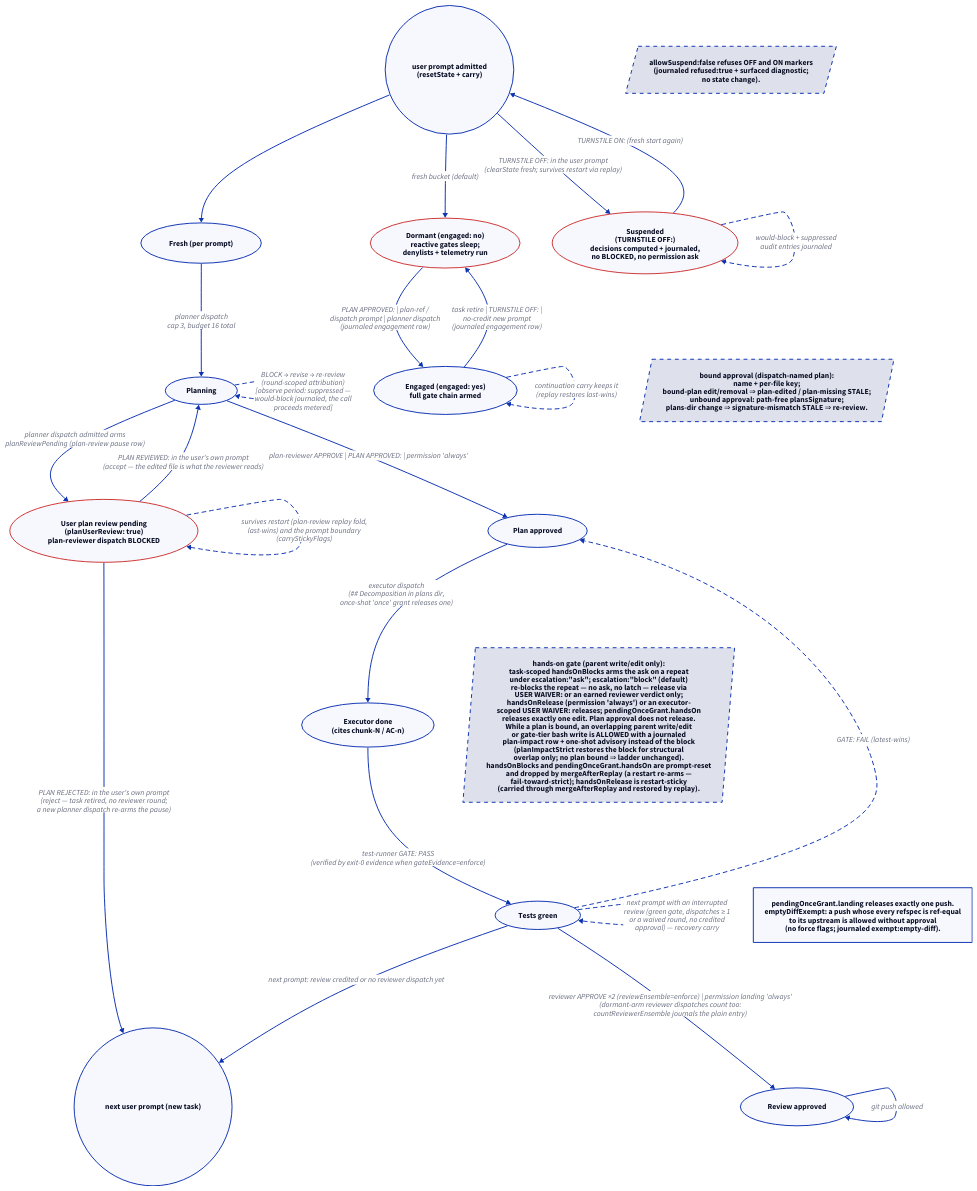
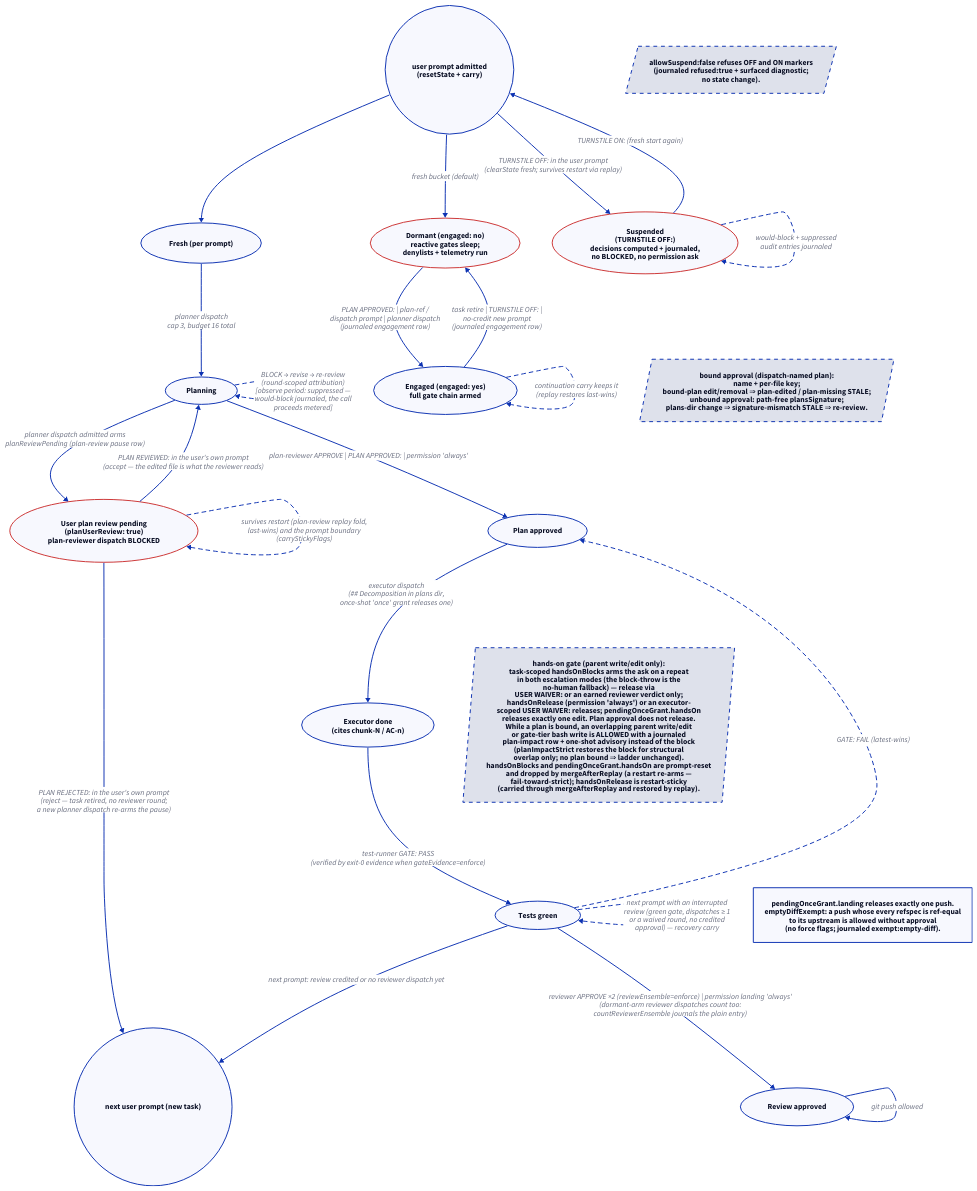
Before and after one commit to edseabolt/turnstile: the diagram in docs/diagrams/d04-gate-state.d2, drawn with D2. The commit also changed 11 other files, not shown here.

First line of the commit message:
docs: trim README, de-personalize AGENTS.md, sync diagram prose with code

```diff
--- a/docs/diagrams/d04-gate-state.d2
+++ b/docs/diagrams/d04-gate-state.d2
@@ -1,106 +1,106 @@
 direction: down
 
 fresh: "Fresh (per prompt)" {
   shape: oval
 }
 planning: "Planning" {
   shape: oval
 }
 planok: "Plan approved" {
   shape: oval
 }
 executor: "Executor done\n(cites chunk-N / AC-n)" {
   shape: oval
 }
 green: "Tests green" {
   shape: oval
 }
 reviewed: "Review approved" {
   shape: oval
 }
 end: "next user prompt (new task)" {
   shape: circle
 }
 
 start: "user prompt admitted\n(resetState + carry)" {
   shape: circle
 }
 
 dormant: "Dormant (engaged: no)\nreactive gates sleep;\ndenylists + telemetry run" {
   shape: oval
   style.stroke: "#c33"
 }
 engaged: "Engaged (engaged: yes)\nfull gate chain armed" {
   shape: oval
 }
 
 start -> dormant: "fresh bucket (default)"
 dormant -> engaged: "PLAN APPROVED: | plan-ref /\ndispatch prompt | planner dispatch\n(journaled engagement row)"
 engaged -> dormant: "task retire | TURNSTILE OFF: |\nno-credit new prompt\n(journaled engagement row)"
 engaged -> engaged: "continuation carry keeps it\n(replay restores last-wins)" {
   style.stroke-dash: 4
 }
 
 start -> fresh
 fresh -> planning: "planner dispatch\ncap 3, budget 16 total"
 pause: "User plan review pending\n(planUserReview: true)\nplan-reviewer dispatch BLOCKED" {
   shape: oval
   style.stroke: "#c33"
 }
 planning -> pause: "planner dispatch admitted arms\nplanReviewPending (plan-review pause row)"
 pause -> planning: "PLAN REVIEWED: in the user's own prompt\n(accept — the edited file is what the reviewer reads)"
 pause -> end: "PLAN REJECTED: in the user's own prompt\n(reject — task retired, no reviewer round;\na new planner dispatch re-arms the pause)"
 pause -> pause: "survives restart (plan-review replay fold,\nlast-wins) and the prompt boundary\n(carryStickyFlags)" {
   style.stroke-dash: 4
 }
 planning -> planok: "plan-reviewer APPROVE | PLAN APPROVED: | permission 'always'"
 planning -> planning: "BLOCK → revise → re-review\n(round-scoped attribution)\n[observe period: suppressed —\nwould-block journaled, the call\nproceeds metered]" {
   style.stroke-dash: 4
 }
 planok -> executor: "executor dispatch\n(## Decomposition in plans dir,\nonce-shot 'once' grant releases one)"
 executor -> green: "test-runner GATE: PASS\n(verified by exit-0 evidence when gateEvidence=enforce)"
 green -> planok: "GATE: FAIL (latest-wins)" {
   style.stroke-dash: 4
 }
 green -> reviewed: "reviewer APPROVE ×2 (reviewEnsemble=enforce) | permission landing 'always'\n(dormant-arm reviewer dispatches count too:\ncountReviewerEnsemble journals the plain entry)"
 reviewed -> reviewed: "git push allowed"
 green -> end: "next prompt: review credited or no reviewer dispatch yet"
 green -> green: "next prompt with an interrupted\nreview (green gate, dispatches ≥ 1\nor a waived round, no credited\napproval) — recovery carry" {
   style.stroke-dash: 4
 }
 
 suspend: "Suspended\n(TURNSTILE OFF:)\ndecisions computed + journaled,\nno BLOCKED, no permission ask" {
   shape: oval
   style.stroke: "#c33"
 }
 suspend -> suspend: "would-block + suppressed\naudit entries journaled" {
   style.stroke-dash: 4
 }
 start -> suspend: "TURNSTILE OFF: in the user prompt\n(clearState fresh; survives restart via replay)"
 suspend -> start: "TURNSTILE ON: (fresh start again)"
 refused-note: "allowSuspend:false refuses OFF and ON markers\n(journaled refused:true + surfaced diagnostic;\nno state change)." {
   style.stroke-dash: 4
   shape: parallelogram
 }
 refused-note -> suspend: "" {
   style.opacity: 0
 }
 
 planok-note: "bound approval (dispatch-named plan):\nname + per-file key;\nbound-plan edit/removal ⇒ plan-edited / plan-missing STALE;\nunbound approval: path-free plansSignature;\nplans-dir change ⇒ signature-mismatch STALE ⇒ re-review." {
   style.stroke-dash: 4
   shape: parallelogram
 }
 reviewed-note: "pendingOnceGrant.landing releases exactly one push.\nemptyDiffExempt: a push whose every refspec is ref-equal\nto its upstream is allowed without approval\n(no force flags; journaled exempt:empty-diff)."
-handson-note: "hands-on gate (parent write/edit only):\ntask-scoped handsOnBlocks arms the ask on a repeat\nunder escalation:\"ask\"; escalation:\"block\" (default)\nre-blocks the repeat — no ask, no latch — release via\nUSER WAIVER: or an earned reviewer verdict only;\nhandsOnRelease (permission 'always') or an executor-\nscoped USER WAIVER: releases; pendingOnceGrant.handsOn\nreleases exactly one edit. Plan approval does not release.\nWhile a plan is bound, an overlapping parent write/edit\nor gate-tier bash write is ALLOWED with a journaled\nplan-impact row + one-shot advisory instead of the block\n(planImpactStrict restores the block for structural\noverlap only; no plan bound ⇒ ladder unchanged).\nhandsOnBlocks and pendingOnceGrant.handsOn are prompt-reset\nand dropped by mergeAfterReplay (a restart re-arms —\nfail-toward-strict); handsOnRelease is restart-sticky\n(carried through mergeAfterReplay and restored by replay)." {
+handson-note: "hands-on gate (parent write/edit only):\ntask-scoped handsOnBlocks arms the ask on a repeat\nin both escalation modes (the block-throw is the\nno-human fallback) — release via\nUSER WAIVER: or an earned reviewer verdict only;\nhandsOnRelease (permission 'always') or an executor-\nscoped USER WAIVER: releases; pendingOnceGrant.handsOn\nreleases exactly one edit. Plan approval does not release.\nWhile a plan is bound, an overlapping parent write/edit\nor gate-tier bash write is ALLOWED with a journaled\nplan-impact row + one-shot advisory instead of the block\n(planImpactStrict restores the block for structural\noverlap only; no plan bound ⇒ ladder unchanged).\nhandsOnBlocks and pendingOnceGrant.handsOn are prompt-reset\nand dropped by mergeAfterReplay (a restart re-arms —\nfail-toward-strict); handsOnRelease is restart-sticky\n(carried through mergeAfterReplay and restored by replay)." {
   style.stroke-dash: 4
   shape: parallelogram
 }
 planok-note -> planok: "" {
   style.opacity: 0
 }
 reviewed-note -> reviewed: "" {
   style.opacity: 0
 }
 handson-note -> green: "" {
   style.opacity: 0
 }
```
